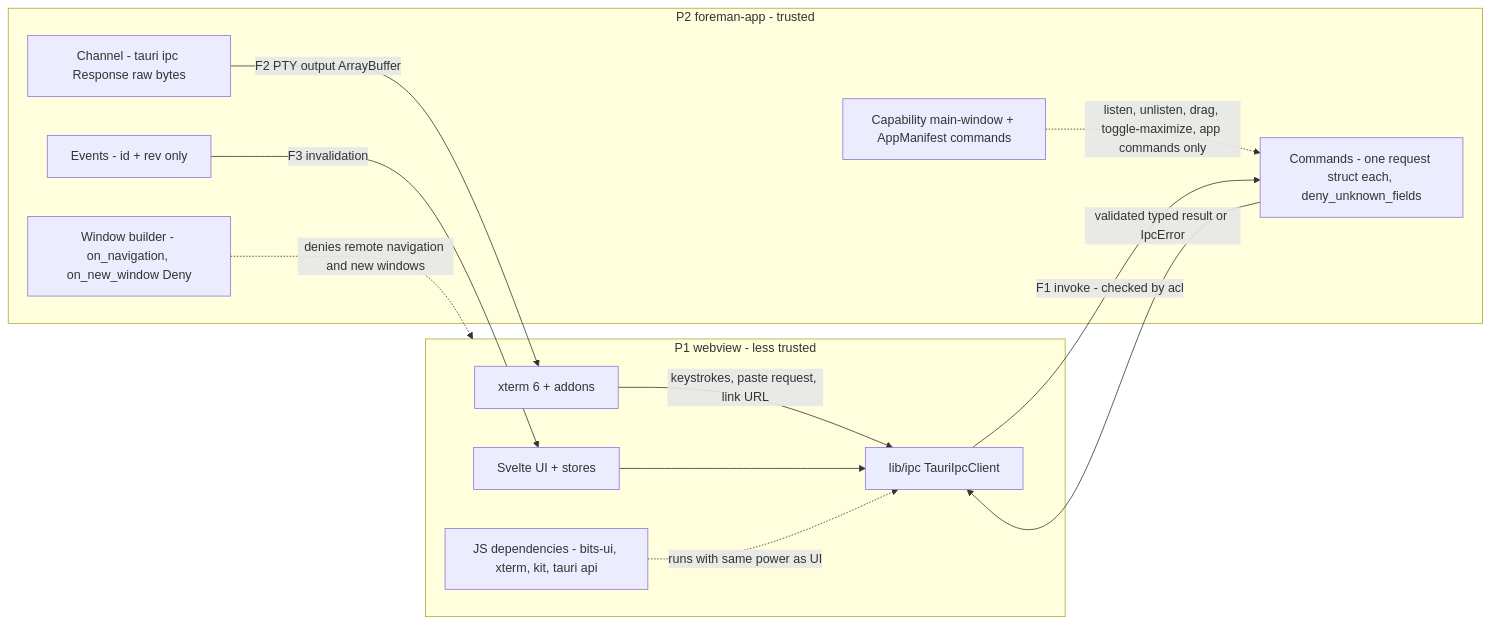
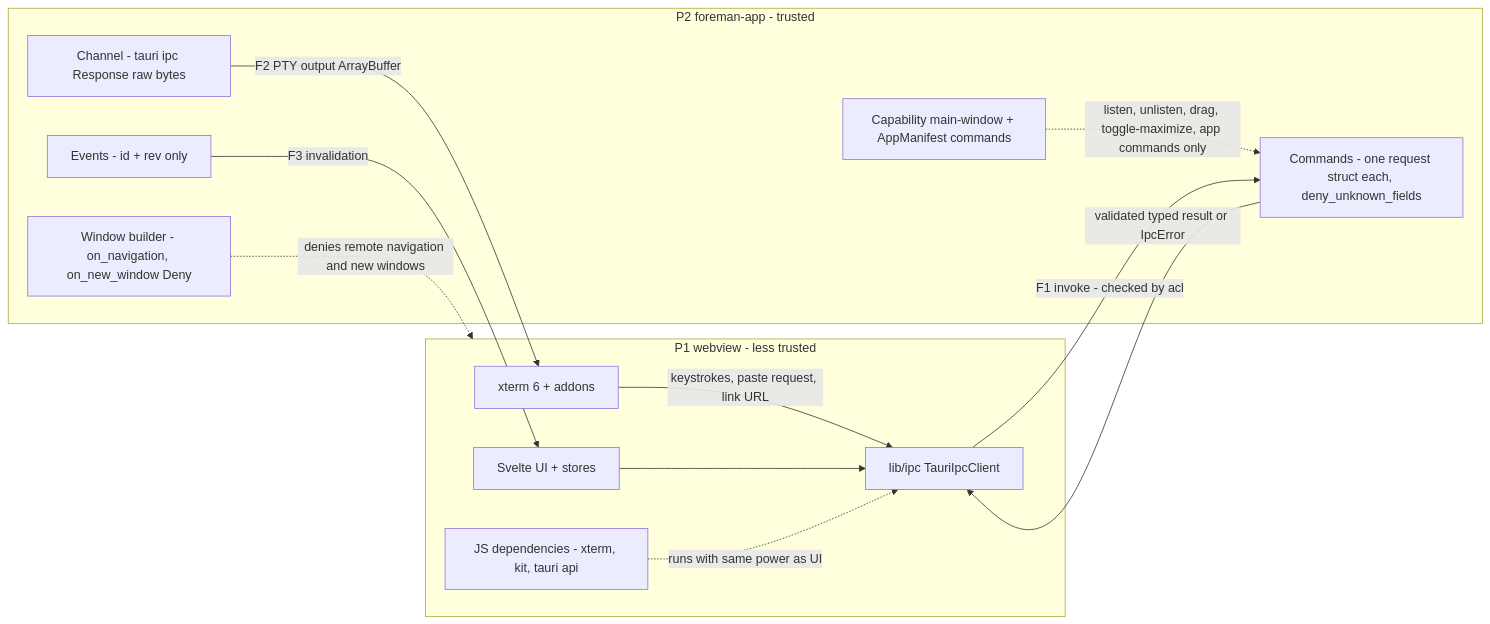
The second of 6 diagrams in docs/threat-model.md (billyribeiro-ux/engine-assist), drawn with Mermaid before and after one commit. The commit also changed other lines of this file and 10 other files, not shown here.

````diff
--- a/docs/threat-model.md
+++ b/docs/threat-model.md
@@ -198,25 +198,25 @@
 ```mermaid
 flowchart LR
   subgraph WV["P1 webview - less trusted"]
     ui["Svelte UI + stores"]
     xt["xterm 6 + addons"]
-    deps["JS dependencies - bits-ui, xterm, kit, tauri api"]
+    deps["JS dependencies - xterm, kit, tauri api"]
     ipcc["lib/ipc TauriIpcClient"]
   end
   subgraph R["P2 foreman-app - trusted"]
     cmds["Commands - one request struct each, deny_unknown_fields"]
     chan["Channel - tauri ipc Response raw bytes"]
     ev["Events - id + rev only"]
     nav["Window builder - on_navigation, on_new_window Deny"]
     acl["Capability main-window + AppManifest commands"]
   end
   ui --> ipcc
   xt -->|"keystrokes, paste request, link URL"| ipcc
   deps -.->|"runs with same power as UI"| ipcc
   ipcc -->|"F1 invoke - checked by acl"| cmds
   cmds -->|"validated typed result or IpcError"| ipcc
   chan -->|"F2 PTY output ArrayBuffer"| xt
   ev -->|"F3 invalidation"| ui
   nav -.->|"denies remote navigation and new windows"| WV
   acl -.->|"listen, unlisten, drag, toggle-maximize, app commands only"| cmds
 ```
````
